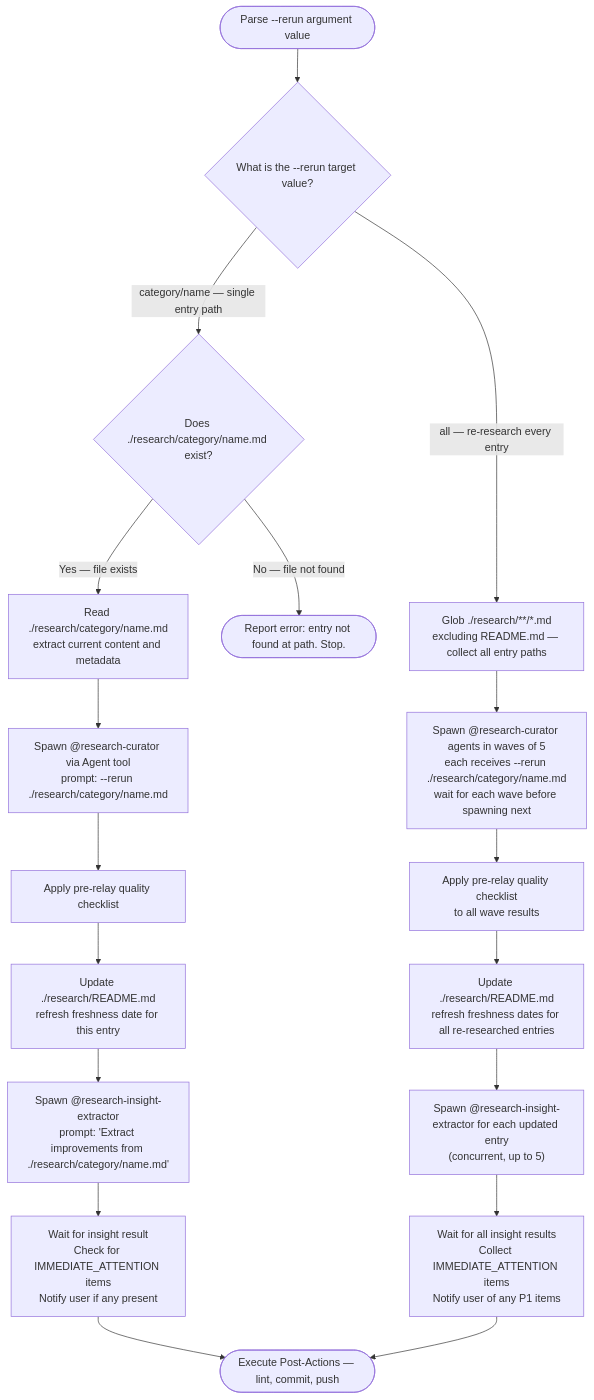
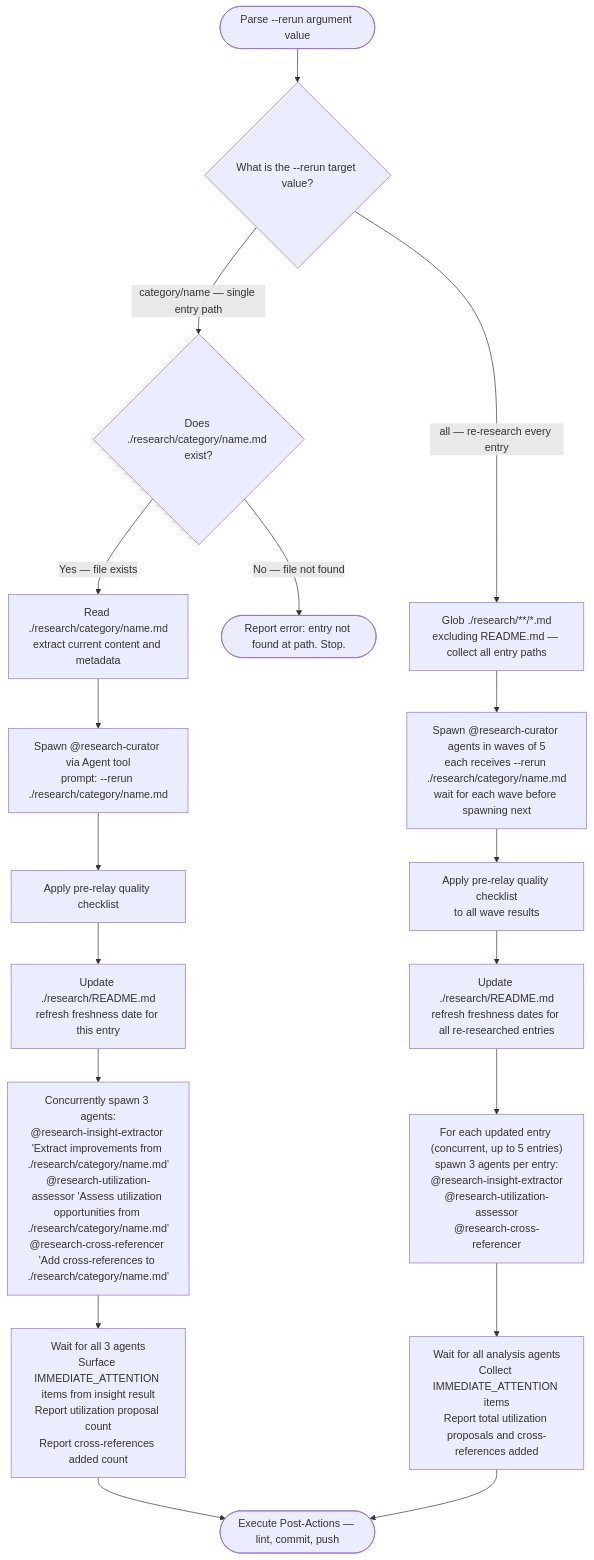
One commit to chgreer1070/claude_skills changed the second of 3 diagrams in .claude/skills/research-curator/SKILL.md. Above: the diagram before and after it, drawn with Mermaid. The commit also changed other lines of this file and 8 other files, not shown here.

Commit message:
Add TrainLoop research documentation and analysis (#682)

````diff
--- a/.claude/skills/research-curator/SKILL.md
+++ b/.claude/skills/research-curator/SKILL.md
@@ -215,20 +220,20 @@
 ```mermaid
 flowchart TD
     Start(["Parse --rerun argument value"]) --> Q{"What is the --rerun target value?"}
     Q -->|"category/name — single entry path"| VerifyFile{"Does ./research/category/name.md exist?"}
     Q -->|"all — re-research every entry"| FindAll["Glob ./research/**/*.md<br>excluding README.md — collect all entry paths"]
     VerifyFile -->|"No — file not found"| Missing(["Report error: entry not found at path. Stop."])
     VerifyFile -->|"Yes — file exists"| ReadFile["Read ./research/category/name.md<br>extract current content and metadata"]
     ReadFile --> Spawn1["Spawn @research-curator via Agent tool<br>prompt: --rerun ./research/category/name.md"]
     Spawn1 --> RelayCheck1["Apply pre-relay quality checklist"]
     RelayCheck1 --> UpdateDate["Update ./research/README.md<br>refresh freshness date for this entry"]
     FindAll --> WaveSpawn["Spawn @research-curator agents in waves of 5<br>each receives --rerun ./research/category/name.md<br>wait for each wave before spawning next"]
     WaveSpawn --> RelayCheck2["Apply pre-relay quality checklist<br>to all wave results"]
     RelayCheck2 --> UpdateDates["Update ./research/README.md<br>refresh freshness dates for all re-researched entries"]
-    UpdateDate --> SpawnInsight1["Spawn @research-insight-extractor<br>prompt: 'Extract improvements from ./research/category/name.md'"]
-    SpawnInsight1 --> WaitInsight1["Wait for insight result<br>Check for IMMEDIATE_ATTENTION items<br>Notify user if any present"]
-    WaitInsight1 --> PostActions(["Execute Post-Actions — lint, commit, push"])
-    UpdateDates --> SpawnInsightsN["Spawn @research-insight-extractor for each updated entry<br>(concurrent, up to 5)"]
-    SpawnInsightsN --> WaitInsightsN["Wait for all insight results<br>Collect IMMEDIATE_ATTENTION items<br>Notify user of any P1 items"]
-    WaitInsightsN --> PostActions
+    UpdateDate --> SpawnAnalysis1["Concurrently spawn 3 agents:<br>@research-insight-extractor 'Extract improvements from ./research/category/name.md'<br>@research-utilization-assessor 'Assess utilization opportunities from ./research/category/name.md'<br>@research-cross-referencer 'Add cross-references to ./research/category/name.md'"]
+    SpawnAnalysis1 --> WaitAnalysis1["Wait for all 3 agents<br>Surface IMMEDIATE_ATTENTION items from insight result<br>Report utilization proposal count<br>Report cross-references added count"]
+    WaitAnalysis1 --> PostActions(["Execute Post-Actions — lint, commit, push"])
+    UpdateDates --> SpawnAnalysisN["For each updated entry (concurrent, up to 5 entries)<br>spawn 3 agents per entry:<br>@research-insight-extractor<br>@research-utilization-assessor<br>@research-cross-referencer"]
+    SpawnAnalysisN --> WaitAnalysisN["Wait for all analysis agents<br>Collect IMMEDIATE_ATTENTION items<br>Report total utilization proposals and cross-references added"]
+    WaitAnalysisN --> PostActions
 ```
````
